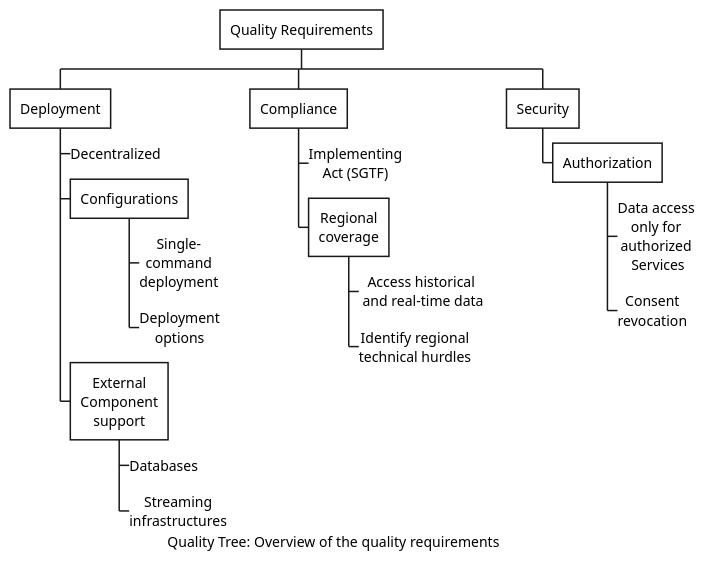
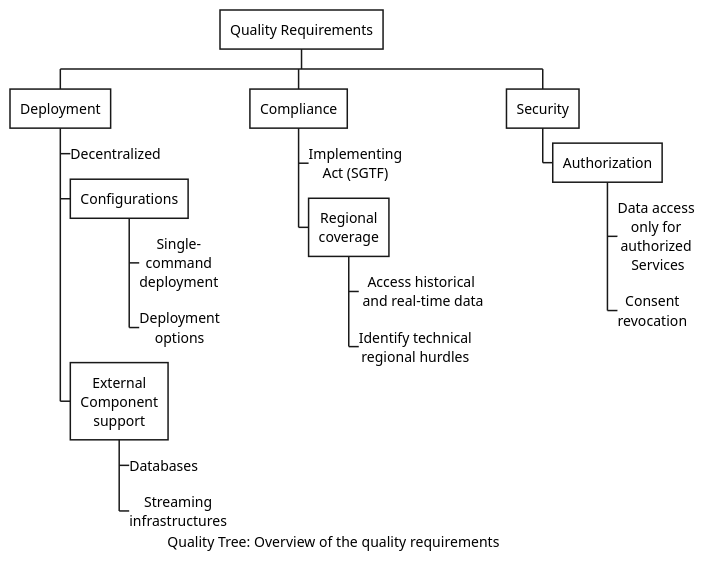
Before and after one commit to eddie-energy/architecture: the diagram in arc42/10-quality-requirements/figures/quality-tree.puml, drawn with PlantUML. The commit also changed 18 other files, not shown here.

```diff
--- a/arc42/10-quality-requirements/figures/quality-tree.puml
+++ b/arc42/10-quality-requirements/figures/quality-tree.puml
@@ -1,42 +1,42 @@
 @startwbs quality-tree
 'work breakdown structure
 caption Quality Tree: Overview of the quality requirements
 
 <style>
 wbsdiagram {
   node {
     BackgroundColor transparemt
     HorizontalAlignment center
     fontsize 14
   }
 '   :depth(3) {
 '     Linecolor white
 '   }
 }
 </style>
 
 * Quality Requirements
 
 ++ Deployment
 +++_ Decentralized
 +++ Configurations
 ++++_ Single-\ncommand\ndeployment
 ++++_ Deployment\noptions
 +++ External\nComponent\nsupport
 ++++_ Databases
 ++++_ Streaming\ninfrastructures
 
 ++ Compliance
 +++_ Implementing\nAct (SGTF)
 +++ Regional\ncoverage
 ++++_ Access historical\n and real-time data
-++++_ Identify regional\ntechnical hurdles
+++++_ Identify technical\nregional hurdles
 
 ++ Security
 +++ Authorization
 ++++_ Data access\nonly for\nauthorized\n Services
 ++++_ Consent\nrevocation
 
 
 
 @endwbs
```
